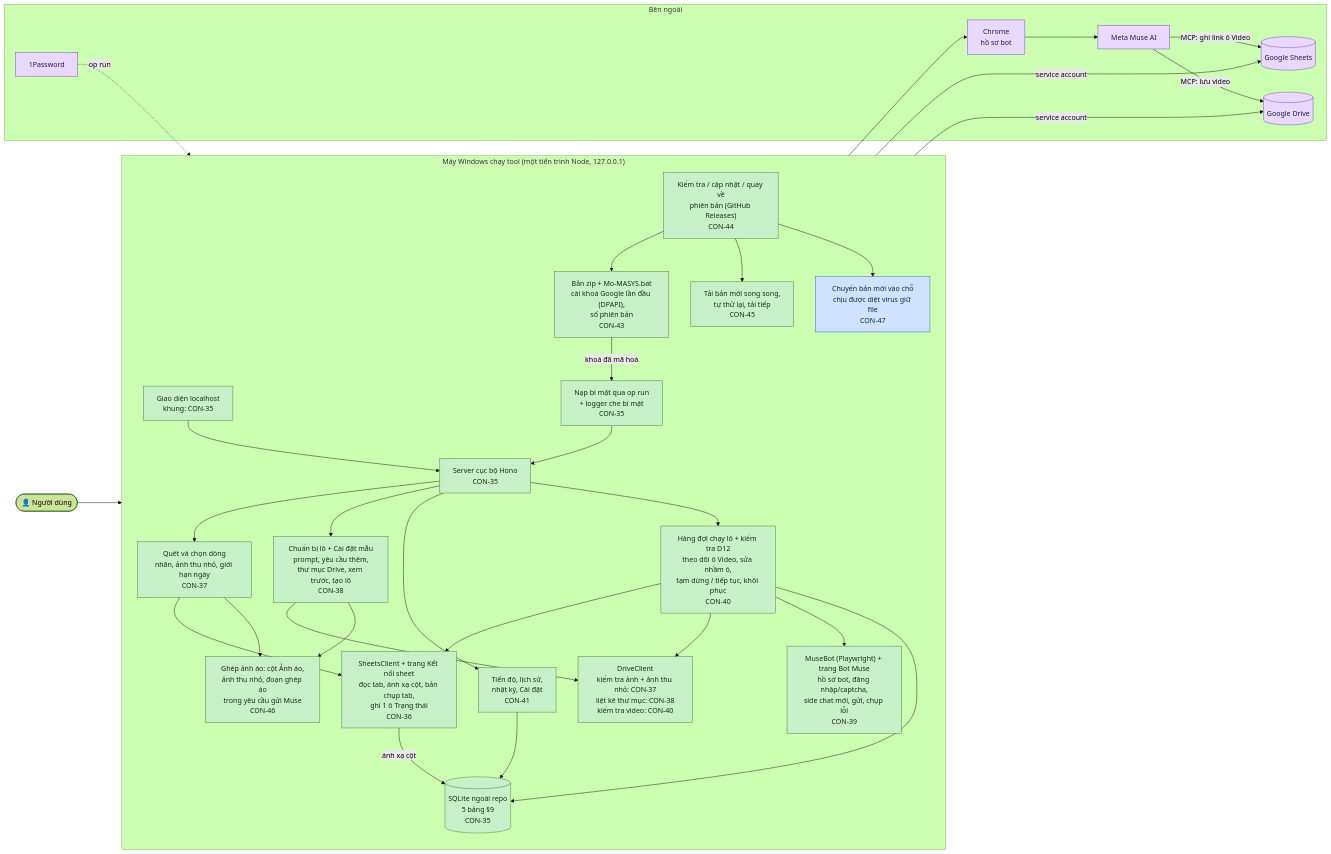
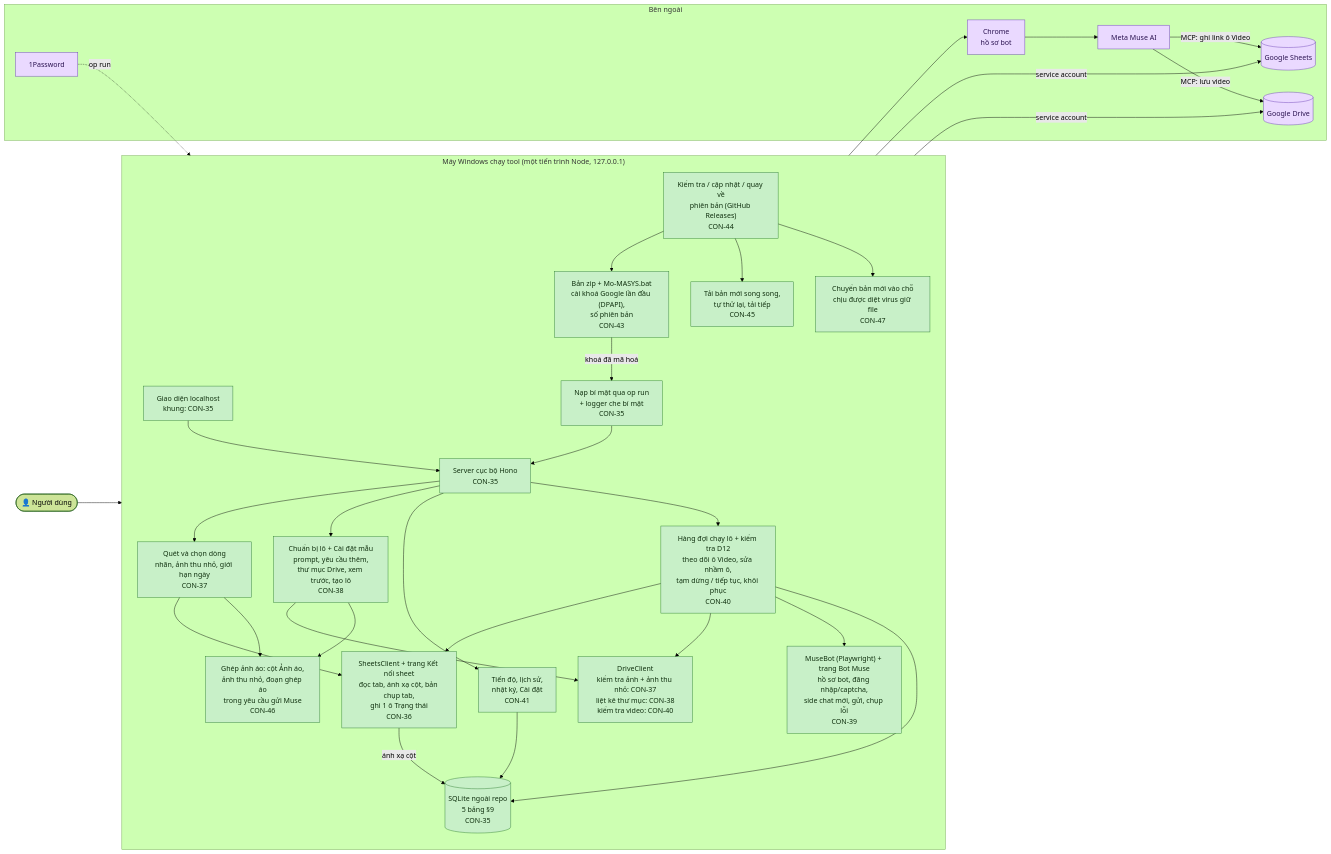
The diagram in TIEN-DO.md (Bach1711/MASYS-VIDEO-GENERATOR), drawn with Mermaid (forest theme) before and after one commit. The commit also changed other lines of this file and 1 other file, not shown here.

````diff
--- a/TIEN-DO.md
+++ b/TIEN-DO.md
@@ -17,73 +17,73 @@
 ```mermaid
 flowchart LR
     user(["👤 Người dùng"])
 
     subgraph PC["Máy Windows chạy tool (một tiến trình Node, 127.0.0.1)"]
         direction TB
         ui["Giao diện localhost<br/>khung: CON-35"]
         server["Server cục bộ Hono<br/>CON-35"]
         secrets["Nạp bí mật qua op run<br/>+ logger che bí mật<br/>CON-35"]
         db[("SQLite ngoài repo<br/>5 bảng §9<br/>CON-35")]
 
         sheet["SheetsClient + trang Kết nối sheet<br/>đọc tab, ánh xạ cột, bản chụp tab,<br/>ghi 1 ô Trạng thái<br/>CON-36"]
         scan["Quét và chọn dòng<br/>nhãn, ảnh thu nhỏ, giới hạn ngày<br/>CON-37"]
         editor["Chuẩn bị lô + Cài đặt mẫu<br/>prompt, yêu cầu thêm,<br/>thư mục Drive, xem trước, tạo lô<br/>CON-38"]
         bot["MuseBot (Playwright) + trang Bot Muse<br/>hồ sơ bot, đăng nhập/captcha,<br/>side chat mới, gửi, chụp lỗi<br/>CON-39"]
         queue["Hàng đợi chạy lô + kiểm tra D12<br/>theo dõi ô Video, sửa nhầm ô,<br/>tạm dừng / tiếp tục, khôi phục<br/>CON-40"]
         drive["DriveClient<br/>kiểm tra ảnh + ảnh thu nhỏ: CON-37<br/>liệt kê thư mục: CON-38<br/>kiểm tra video: CON-40"]
         progress["Tiến độ, lịch sử,<br/>nhật ký, Cài đặt<br/>CON-41"]
         pack["Bản zip + Mo-MASYS.bat<br/>cài khoá Google lần đầu (DPAPI),<br/>số phiên bản<br/>CON-43"]
         update["Kiểm tra / cập nhật / quay về<br/>phiên bản (GitHub Releases)<br/>CON-44"]
         download["Tải bản mới song song,<br/>tự thử lại, tải tiếp<br/>CON-45"]
         placing["Chuyển bản mới vào chỗ<br/>chịu được diệt virus giữ file<br/>CON-47"]
         shirt["Ghép ảnh áo: cột Ảnh áo,<br/>ảnh thu nhỏ, đoạn ghép áo<br/>trong yêu cầu gửi Muse<br/>CON-46"]
     end
 
     subgraph EXT["Bên ngoài"]
         gsheets[("Google Sheets")]
         gdrive[("Google Drive")]
         chrome["Chrome<br/>hồ sơ bot"]
         muse["Meta Muse AI"]
         op["1Password"]
     end
 
     user --> ui --> server
     server --> scan & editor & progress
     scan --> sheet
     editor --> drive
     server --> queue
     queue --> sheet & drive & bot
     queue --> db
     progress --> db
     sheet -- "ánh xạ cột" --> db
     sheet -- "service account" --> gsheets
     drive -- "service account" --> gdrive
     bot --> chrome --> muse
     muse -- "MCP: lưu video" --> gdrive
     muse -- "MCP: ghi link ô Video" --> gsheets
     op -. "op run" .-> secrets --> server
     pack -- "khoá đã mã hoá" --> secrets
     update --> pack
     update --> download
     update --> placing
     scan --> shirt
     editor --> shirt
 
     classDef done fill:#c8f0c8,stroke:#2e7d32,color:#10300f
     classDef review fill:#cfe3ff,stroke:#1f5fbf,color:#0c2550
     classDef doing fill:#fff1b8,stroke:#b38600,color:#3d2e00
     classDef todo fill:#eeeeee,stroke:#9e9e9e,color:#333333
     classDef ext fill:#ead9ff,stroke:#6a3fb5,color:#2a1250
 
     class ui,server,secrets,db,sheet,scan,editor done
     class drive done
     class bot done
     class queue done
     class progress done
     class pack done
     class update done
     class download done
     class shirt done
-    class placing review
+    class placing done
     class gsheets,gdrive,chrome,muse,op ext
 ```
````
